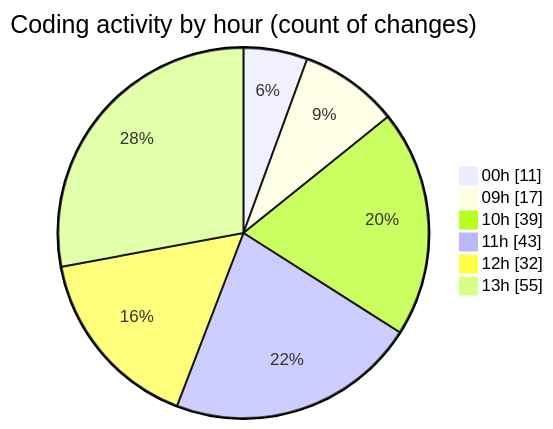
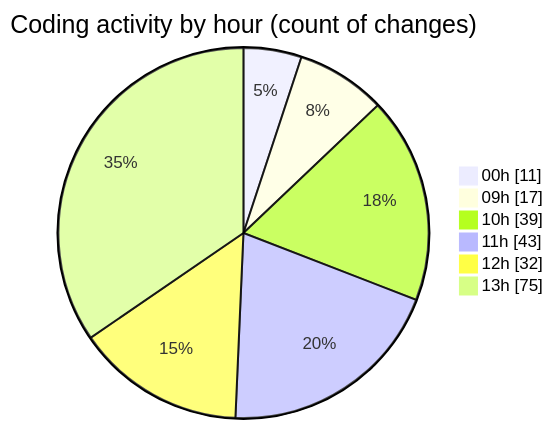
One commit to momahboobian/code-tracking changed the second of 2 diagrams in 2026-09-02/cda/README.md. Above: the diagram before and after it, drawn with Mermaid. The commit also changed other lines of this file and 1 other file, not shown here.

````diff
--- a/2026-09-02/cda/README.md
+++ b/2026-09-02/cda/README.md
@@ -55,10 +77,10 @@
 ```mermaid
 pie showData
 title Coding activity by hour (count of changes)
 "00h" : 11
 "09h" : 17
 "10h" : 39
 "11h" : 43
 "12h" : 32
-"13h" : 55
+"13h" : 75
 ```
````
